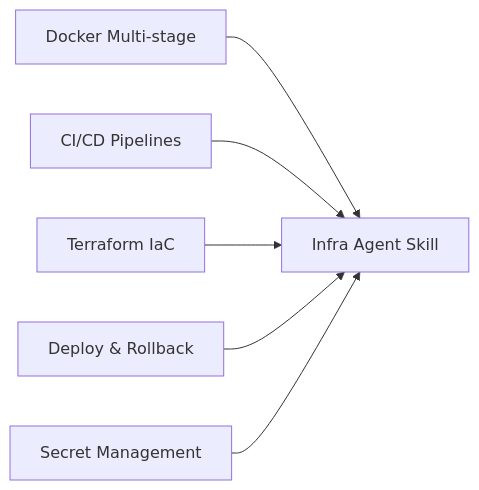
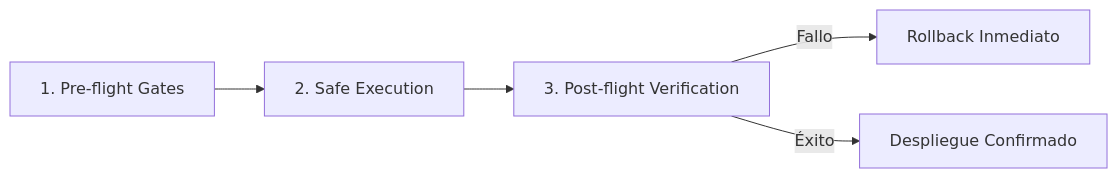
The second of 2 diagrams in SKILL.md (Agent-Rules-Ecosystem/infra-agent-skill), drawn with Mermaid before and after one commit. The commit also changed other lines of this file and 8 other files, not shown here.

````diff
--- a/SKILL.md
+++ b/SKILL.md
@@ -5,8 +99,7 @@
 ```mermaid
 graph LR
-    SubSkill1[Docker Multi-stage] --> InfraCore[Infra Agent Skill]
-    SubSkill2[CI/CD Pipelines] --> InfraCore
-    SubSkill3[Terraform IaC] --> InfraCore
-    SubSkill4[Deploy & Rollback] --> InfraCore
-    SubSkill5[Secret Management] --> InfraCore
+    Pre[1. Pre-flight Gates] --> Exec[2. Safe Execution]
+    Exec --> Post[3. Post-flight Verification]
+    Post -->|Fallo| Rollback[Rollback Inmediato]
+    Post -->|Éxito| Complete[Despliegue Confirmado]
 ```
````
